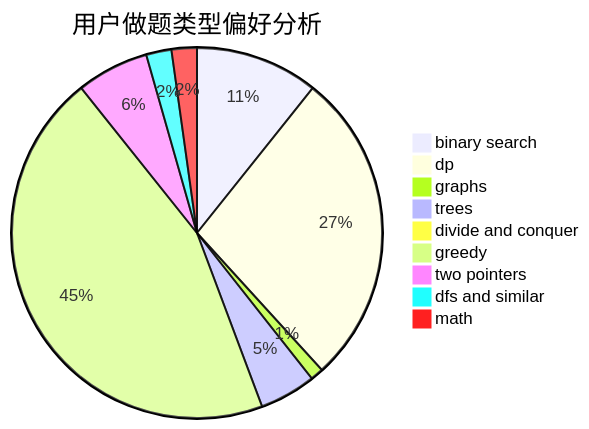
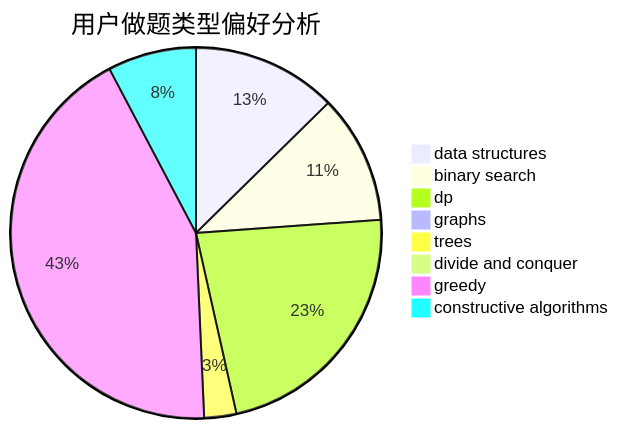
The second of 3 diagrams in docs/user/u2339.md (sherpahu/cfrs.github.io), drawn with Mermaid before and after one commit. The commit also changed other lines of this file and 2775 other files, not shown here.

````diff
--- a/docs/user/u2339.md
+++ b/docs/user/u2339.md
@@ -23,12 +23,11 @@
 ```mermaid
 pie title 用户做题类型偏好分析
-    "binary search" :  170
-    "dp" :  436
-    "graphs" :  18
-    "trees" :  78
-    "divide and conquer" :  13
-    "greedy" :  713
-    "two pointers" :  100
-    "dfs and similar" :  35
-    "math" :  35
+    "data structures" :  162
+    "binary search" :  144
+    "dp" :  290
+    "graphs" :  2
+    "trees" :  36
+    "divide and conquer" :  0
+    "greedy" :  551
+    "constructive algorithms" :  99
 ```
````
